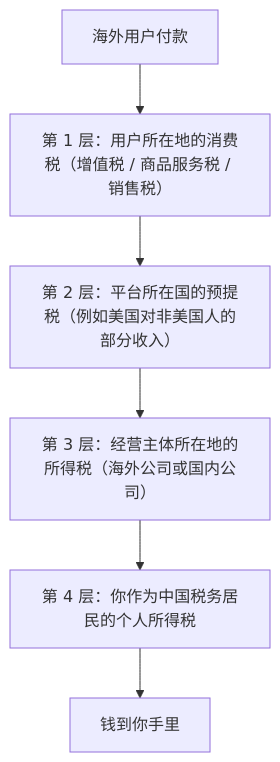
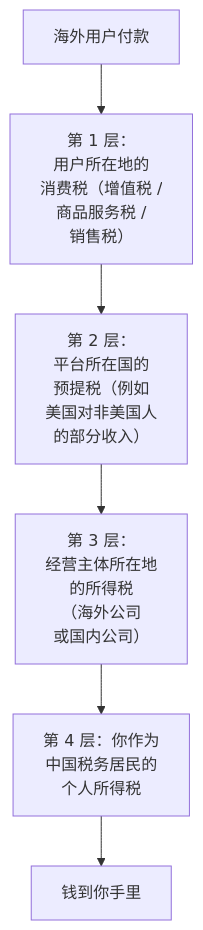
Before and after one commit to jarvis-pro/hatch-shelf: the first of 2 diagrams in books/going-global/07-tax-and-remittance.md, drawn with Mermaid. The commit also changed other lines of this file and 432 other files, not shown here.

````diff
--- a/books/going-global/07-tax-and-remittance.md
+++ b/books/going-global/07-tax-and-remittance.md
@@ -14,8 +14,8 @@
 ```mermaid
 flowchart TD
-  U["海外用户付款"] --> L1["第 1 层：用户所在地的消费税（增值税 / 商品服务税 / 销售税）"]
-  L1 --> L2["第 2 层：平台所在国的预提税（例如美国对非美国人的部分收入）"]
-  L2 --> L3["第 3 层：经营主体所在地的所得税（海外公司或国内公司）"]
-  L3 --> L4["第 4 层：你作为中国税务居民的个人所得税"]
+  U["海外用户付款"] --> L1["第 1 层：<br/>用户所在地的<br/>消费税（增值税 /<br/>商品服务税 /<br/>销售税）"]
+  L1 --> L2["第 2 层：<br/>平台所在国的<br/>预提税（例如<br/>美国对非美国人<br/>的部分收入）"]
+  L2 --> L3["第 3 层：<br/>经营主体所在地<br/>的所得税<br/>（海外公司<br/>或国内公司）"]
+  L3 --> L4["第 4 层：你作为<br/>中国税务居民的<br/>个人所得税"]
   L4 --> M["钱到你手里"]
 ```
````
